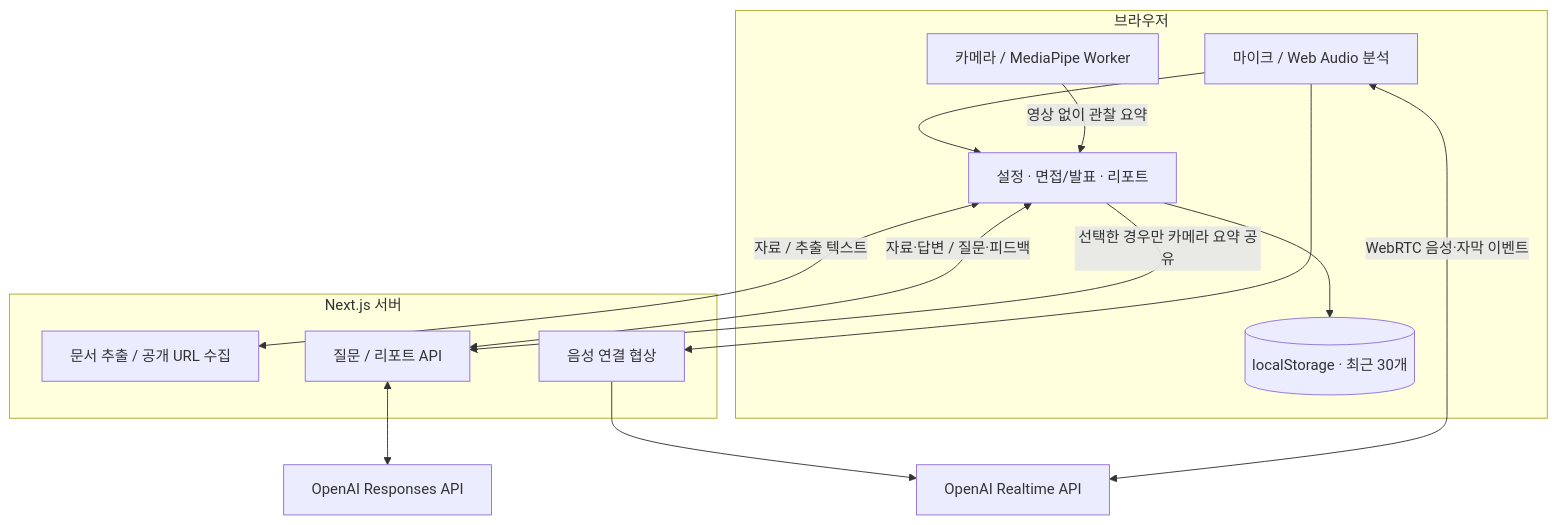
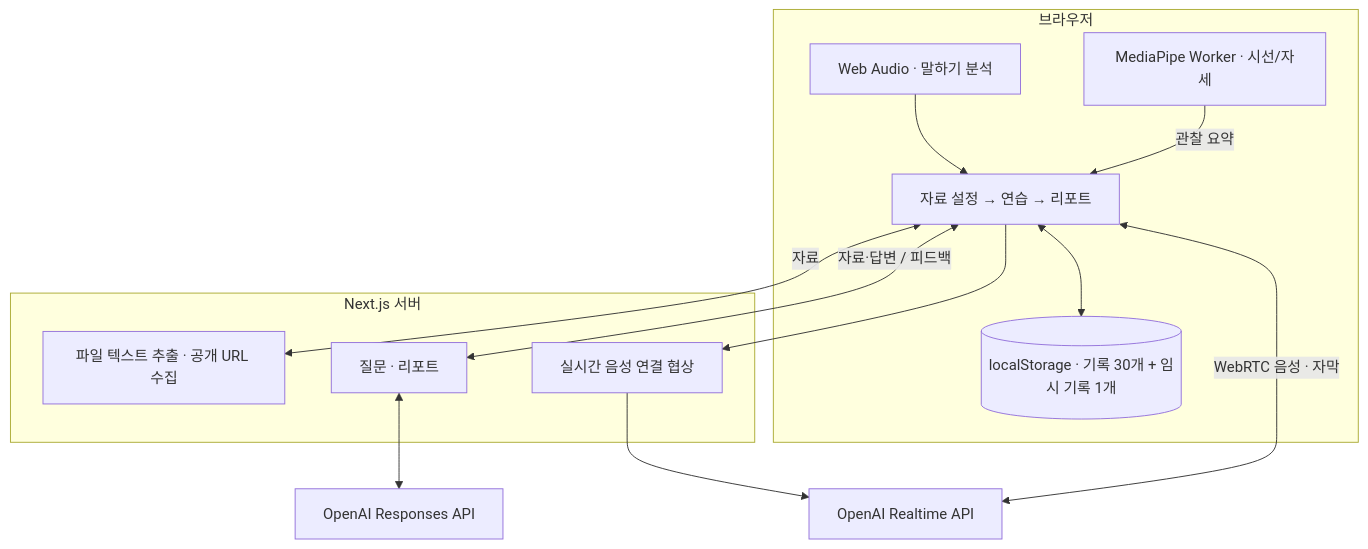
Before and after one commit to luckyandy7/rehearsal-studio: the second of 2 diagrams in README.md, drawn with Mermaid. The commit also changed other lines of this file and 5 other files, not shown here.

````diff
--- a/README.md
+++ b/README.md
@@ -190,24 +174,23 @@
 ```mermaid
 flowchart TB
     subgraph Browser["브라우저"]
-        UI["설정 · 면접/발표 · 리포트"]
-        Audio["마이크 / Web Audio 분석"]
-        Camera["카메라 / MediaPipe Worker"]
-        Store[("localStorage · 최근 30개")]
+        UI["자료 설정 → 연습 → 리포트"]
+        Audio["Web Audio · 말하기 분석"]
+        Camera["MediaPipe Worker · 시선/자세"]
+        Store[("localStorage · 기록 30개 + 임시 기록 1개")]
         Audio --> UI
-        Camera -->|"영상 없이 관찰 요약"| UI
-        UI --> Store
+        Camera -->|"관찰 요약"| UI
+        UI <--> Store
     end
     subgraph Server["Next.js 서버"]
-        Materials["문서 추출 / 공개 URL 수집"]
-        API["질문 / 리포트 API"]
-        Connect["음성 연결 협상"]
+        Materials["파일 텍스트 추출 · 공개 URL 수집"]
+        API["질문 · 리포트"]
+        Connect["실시간 음성 연결 협상"]
     end
-    UI <-->|"자료 / 추출 텍스트"| Materials
-    UI <-->|"자료·답변 / 질문·피드백"| API
-    UI -->|"선택한 경우만 카메라 요약 공유"| API
+    UI <-->|"자료"| Materials
+    UI <-->|"자료·답변 / 피드백"| API
     API <--> Responses["OpenAI Responses API"]
-    Audio --> Connect
+    UI --> Connect
     Connect --> Realtime["OpenAI Realtime API"]
-    Audio <-->|"WebRTC 음성·자막 이벤트"| Realtime
+    UI <-->|"WebRTC 음성 · 자막"| Realtime
 ```
````
